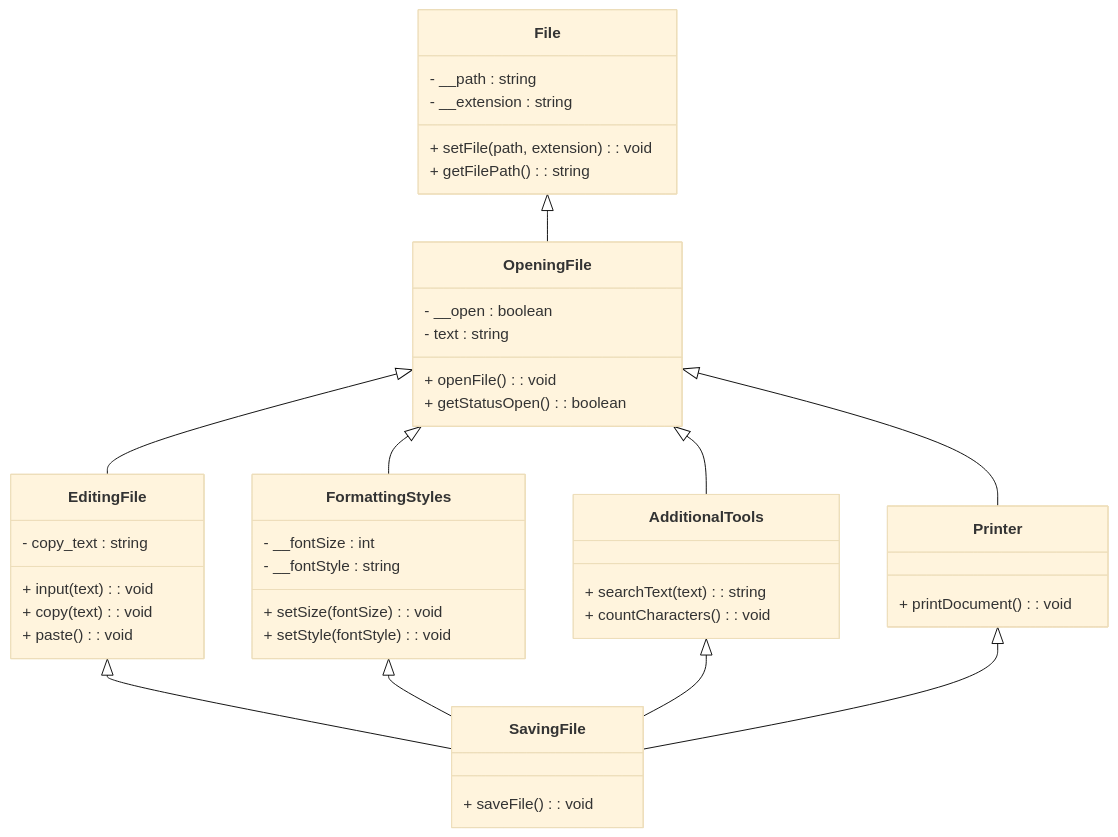
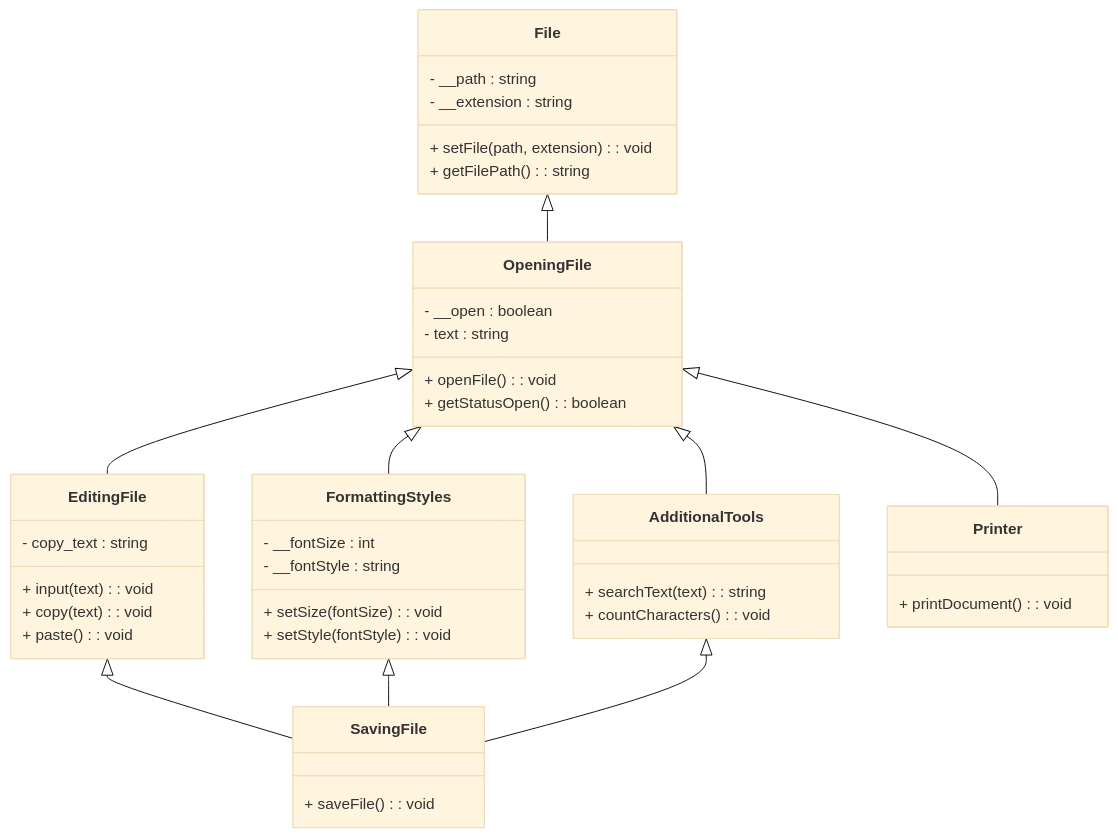
Before and after one commit to penamarth/bsbo-16-23_team5_var11_textedit: the diagram in Документация/Модель предметной области.md, drawn with Mermaid (base theme).

Commit message:
Update Модель предметной области.md

````diff
--- a/Документация/Модель предметной области.md
+++ b/Документация/Модель предметной области.md
@@ -3,52 +3,51 @@
 ```mermaid
 classDiagram
   class File {
     - __path : string
     - __extension : string
     + setFile(path, extension) : void
     + getFilePath() : string
   }
 
   class OpeningFile {
     - __open : boolean
     - text : string
     + openFile() : void
     + getStatusOpen() : boolean
   }
   File <|-- OpeningFile
 
   class EditingFile {
     - copy_text : string
     + input(text) : void
     + copy(text) : void
     + paste() : void
   }
   OpeningFile <|-- EditingFile
 
   class FormattingStyles {
     - __fontSize : int
     - __fontStyle : string
     + setSize(fontSize) : void
     + setStyle(fontStyle) : void
   }
   OpeningFile <|-- FormattingStyles
 
   class AdditionalTools {
     + searchText(text) : string
     + countCharacters() : void
   }
   OpeningFile <|-- AdditionalTools
 
   class Printer {
     + printDocument() : void
   }
   OpeningFile <|-- Printer
 
   class SavingFile {
     + saveFile() : void
   }
   EditingFile <|-- SavingFile
   FormattingStyles <|-- SavingFile
   AdditionalTools <|-- SavingFile
-  Printer <|-- SavingFile
 ```
````
